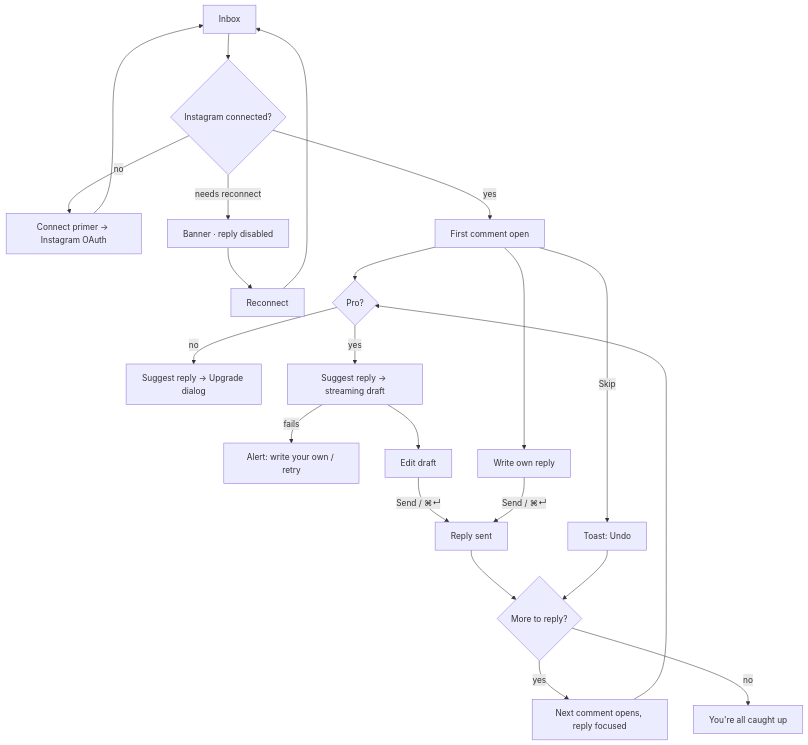
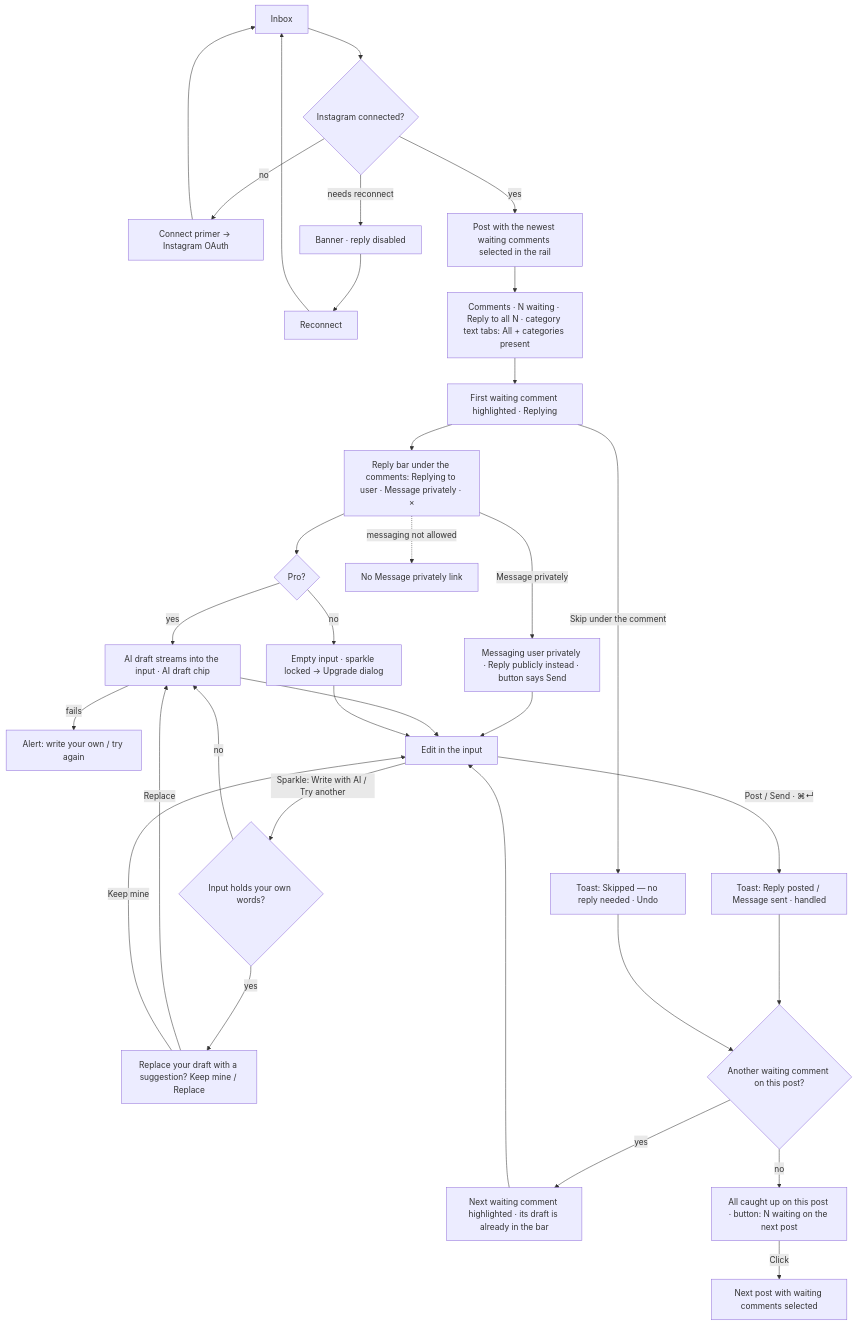
Before and after one commit to NguyenDuy1910/linkee: the fourth of 11 diagrams in ux_preview/product-flow.md, drawn with Mermaid. The commit also changed other lines of this file and 17 other files, not shown here.

````diff
--- a/ux_preview/product-flow.md
+++ b/ux_preview/product-flow.md
@@ -68,17 +80,29 @@
 ```mermaid
 flowchart TD
   I[Inbox] --> C{Instagram connected?}
   C -- no --> CN[Connect primer → Instagram OAuth] --> I
   C -- needs reconnect --> RB[Banner · reply disabled] --> RC[Reconnect] --> I
-  C -- yes --> O[First comment open]
-  O --> S{Pro?}
-  S -- no --> UP[Suggest reply → Upgrade dialog]
-  S -- yes --> G[Suggest reply → streaming draft]
-  G -- fails --> GE[Alert: write your own / retry]
-  G --> E[Edit draft]
-  O --> W[Write own reply]
-  E & W -->|Send / ⌘↵| SENT[Reply sent] --> N{More to reply?}
-  O -->|Skip| SK[Toast: Undo] --> N
-  N -- yes --> O2[Next comment opens, reply focused] --> S
-  N -- no --> Z[You're all caught up]
+  C -- yes --> P[Post with the newest waiting comments selected in the rail]
+  P --> F[Comments · N waiting · Reply to all N · category text tabs: All + categories present]
+  F --> A[First waiting comment highlighted · Replying]
+  A --> BAR[Reply bar under the comments: Replying to user · Message privately · ×]
+  BAR --> PRO{Pro?}
+  PRO -- yes --> G[AI draft streams into the input · AI draft chip]
+  PRO -- no --> W[Empty input · sparkle locked → Upgrade dialog]
+  G -- fails --> GE[Alert: write your own / try again]
+  BAR -->|Message privately| PV[Messaging user privately · Reply publicly instead · button says Send]
+  BAR -. messaging not allowed .-> NL[No Message privately link]
+  PV --> E
+  E -->|Sparkle: Write with AI / Try another| T{Input holds your own words?}
+  T -- yes --> RP[Replace your draft with a suggestion? Keep mine / Replace]
+  RP -- Replace --> G
+  RP -- Keep mine --> E
+  T -- no --> G
+  G & W --> E[Edit in the input]
+  E -->|Post / Send · ⌘↵| SENT[Toast: Reply posted / Message sent · handled]
+  A -->|Skip under the comment| SK[Toast: Skipped — no reply needed · Undo]
+  SENT & SK --> N{Another waiting comment on this post?}
+  N -- yes --> A2[Next waiting comment highlighted · its draft is already in the bar] --> E
+  N -- no --> Z[All caught up on this post · button: N waiting on the next post]
+  Z -->|Click| P2[Next post with waiting comments selected]
 ```
````
